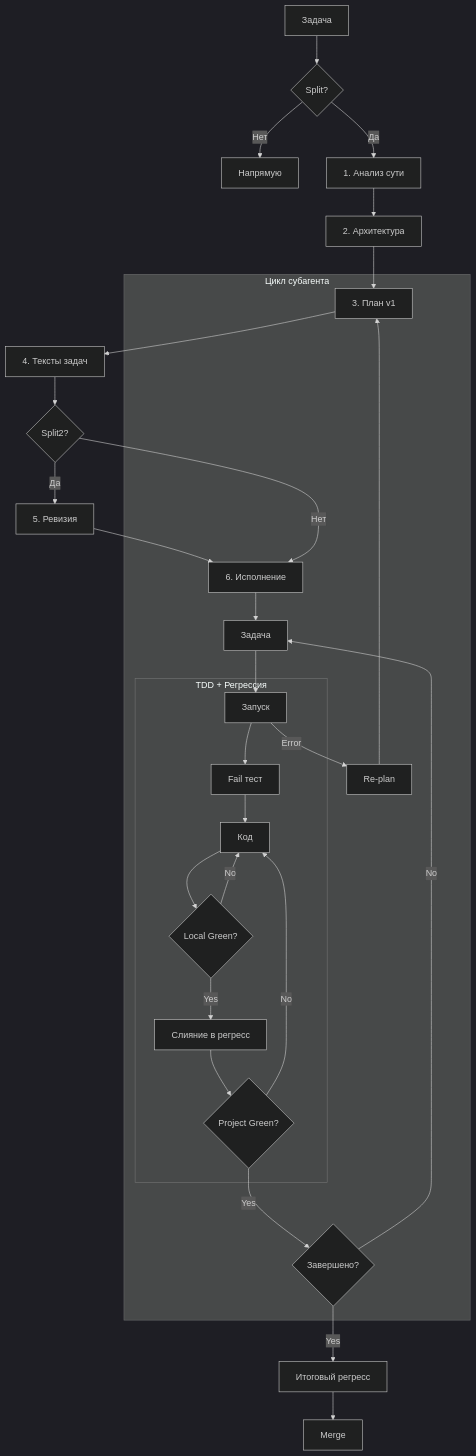
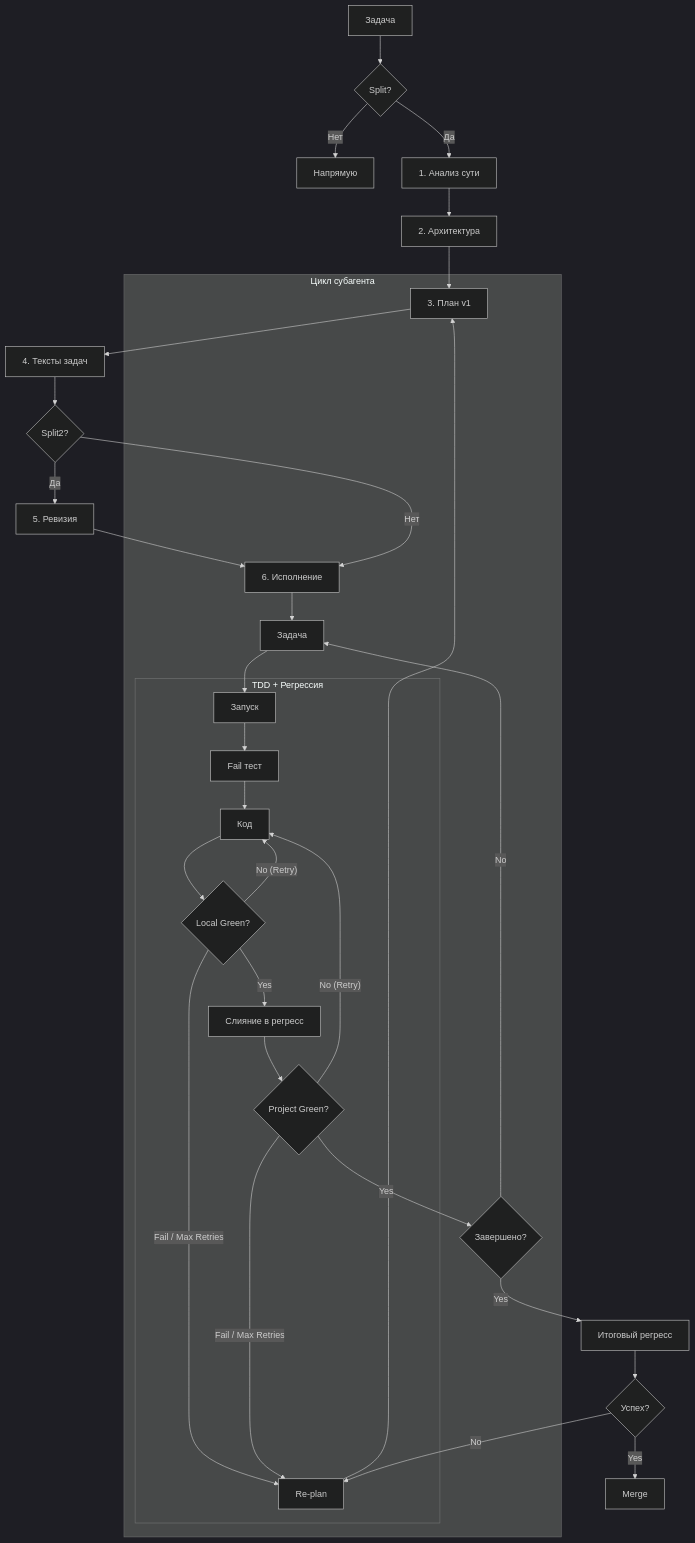
One commit to SpIvanM/split-first-tdd-agent-orchestration-framework changed the diagram in README.md. Above: the diagram before and after it, drawn with Mermaid (dark theme). The commit also changed 1 other file, not shown here.

Commit message:
docs: update agent orchestration flow diagram to include retry logic and re-planning paths

````diff
--- a/README.md
+++ b/README.md
@@ -102,37 +102,39 @@
 ```mermaid
 graph TD
     A["Задача"] --> B{"Split?"}
     B -- "Нет" --> C["Напрямую"]
     B -- "Да" --> D["1. Анализ сути"]
     D --> E["2. Архитектура"]
     E --> F["3. План v1"]
     F --> G["4. Тексты задач"]
     G --> H{"Split2?"}
     H -- "Да" --> I["5. Ревизия"]
     I --> J["6. Исполнение"]
     H -- "Нет" --> J
     
     subgraph "Цикл субагента"
         J --> K["Задача"]
         K --> L["Запуск"]
         
         subgraph "TDD + Регрессия"
             L --> M["Fail тест"]
             M --> N["Код"]
             N --> O{"Local Green?"}
-            O -- "No" --> N
+            O -- "No (Retry)" --> N
+            O -- "Fail / Max Retries" --> T["Re-plan"]
             O -- "Yes" --> P["Слияние в регресс"]
             P --> Q{"Project Green?"}
-            Q -- "No" --> N
+            Q -- "No (Retry)" --> N
+            Q -- "Fail / Max Retries" --> T
         end
         
         Q -- "Yes" --> R{"Завершено?"}
         R -- "No" --> K
-        
-        L -- "Error" --> T["Re-plan"]
         T --> F
     end
     
     R -- "Yes" --> U["Итоговый регресс"]
-    U --> V["Merge"]
+    U --> W{"Успех?"}
+    W -- "No" --> T
+    W -- "Yes" --> V["Merge"]
 ```
````
